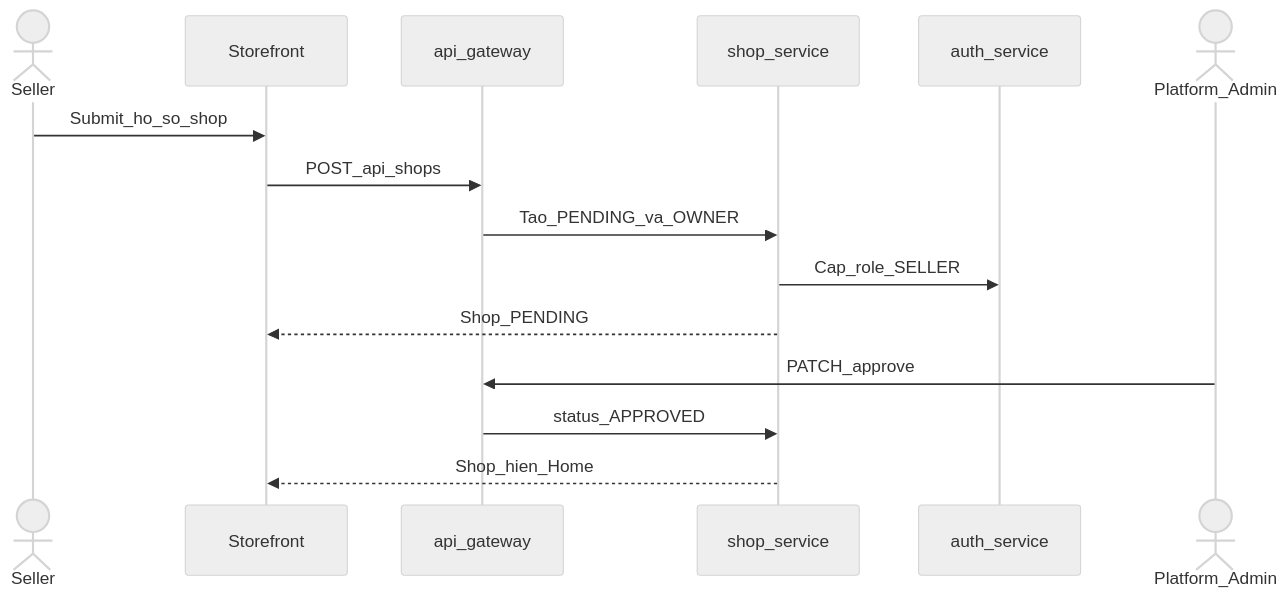
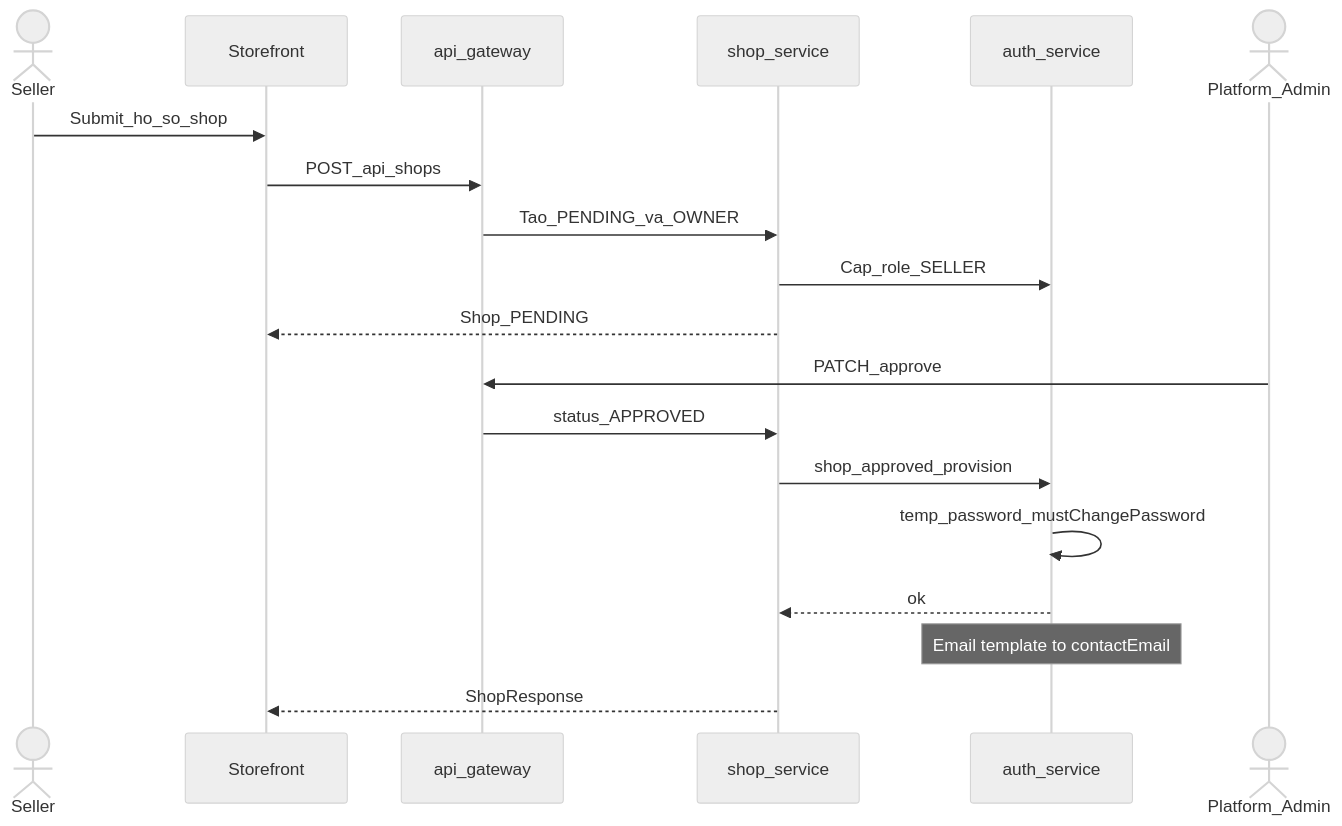
Before and after one commit to trinhvanhai1994/GTVT_ecommerce: diagram 13 of 16 in BAO-CAO-DO-AN.md, drawn with Mermaid (neutral theme). The commit also changed other lines of this file and 83 other files, not shown here.

````diff
--- a/BAO-CAO-DO-AN.md
+++ b/BAO-CAO-DO-AN.md
@@ -695,18 +758,22 @@
 ```mermaid
 sequenceDiagram
   actor Seller
   participant FE as Storefront
   participant GW as api_gateway
   participant SHOP as shop_service
   participant AUTH as auth_service
   actor Admin as Platform_Admin
 
   Seller->>FE: Submit_ho_so_shop
   FE->>GW: POST_api_shops
   GW->>SHOP: Tao_PENDING_va_OWNER
   SHOP->>AUTH: Cap_role_SELLER
   SHOP-->>FE: Shop_PENDING
   Admin->>GW: PATCH_approve
   GW->>SHOP: status_APPROVED
-  SHOP-->>FE: Shop_hien_Home
+  SHOP->>AUTH: shop_approved_provision
+  AUTH->>AUTH: temp_password_mustChangePassword
+  AUTH-->>SHOP: ok
+  Note over AUTH: Email template to contactEmail
+  SHOP-->>FE: ShopResponse
 ```
````
